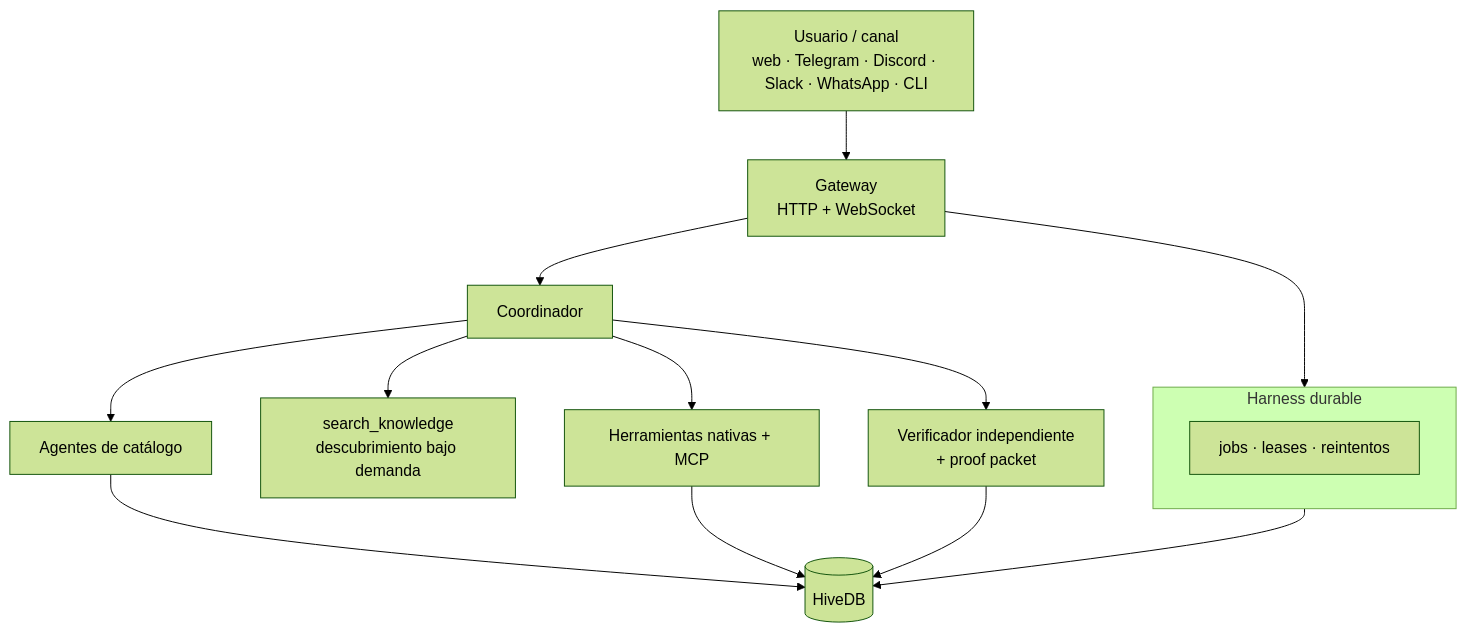
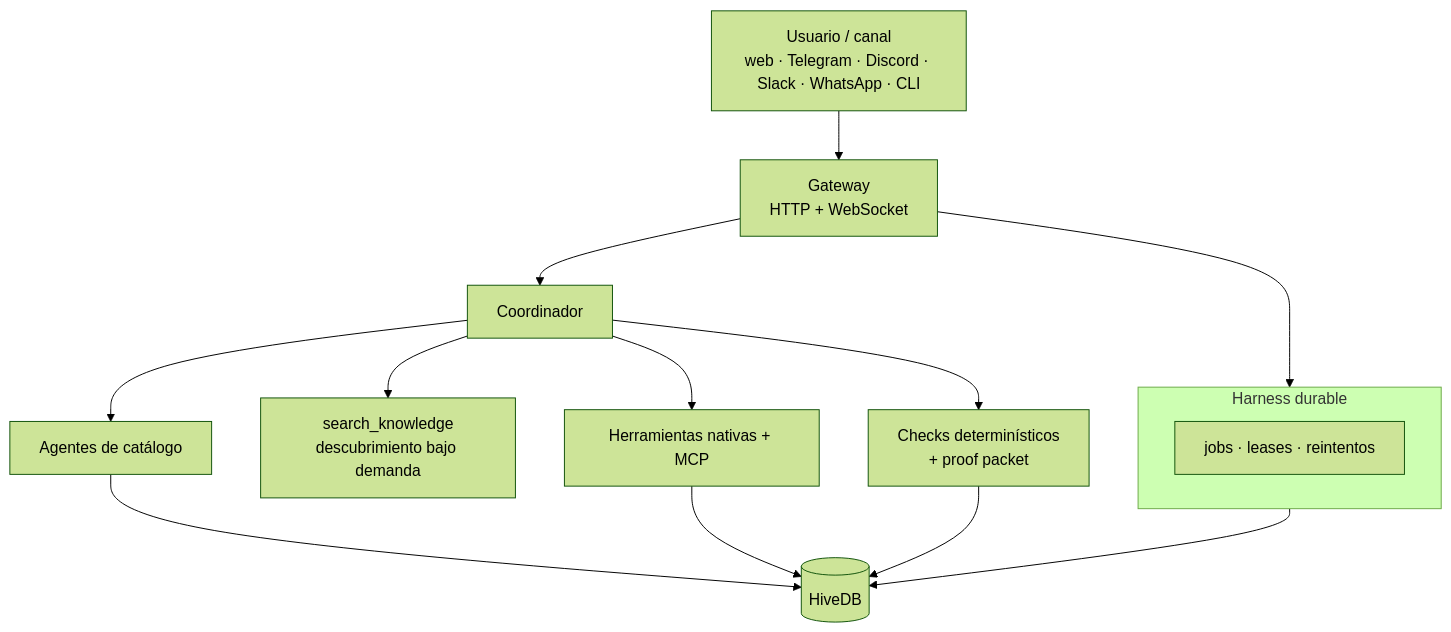
Before and after one commit to johpaz/hive: the diagram in README.md, drawn with Mermaid (forest theme). The commit also changed other lines of this file and 43 other files, not shown here.

Commit message:
refactor: replace independent verification component with deterministic acceptance checks and task revision flow

````diff
--- a/README.md
+++ b/README.md
@@ -40,18 +40,18 @@
 ```mermaid
 flowchart TD
     U["Usuario / canal<br/>web · Telegram · Discord · Slack · WhatsApp · CLI"] --> GW["Gateway<br/>HTTP + WebSocket"]
     GW --> CO["Coordinador"]
     CO --> DISC["search_knowledge<br/>descubrimiento bajo demanda"]
     CO --> AG["Agentes de catálogo"]
     CO --> TL["Herramientas nativas + MCP"]
-    CO --> VER["Verificador independiente<br/>+ proof packet"]
+    CO --> PP["Checks determinísticos<br/>+ proof packet"]
     AG --> DB[("HiveDB")]
     TL --> DB
-    VER --> DB
+    PP --> DB
 
     subgraph HD["Harness durable"]
         SCHED["jobs · leases · reintentos"]
     end
     GW --> HD
     HD --> DB
 ```
````
